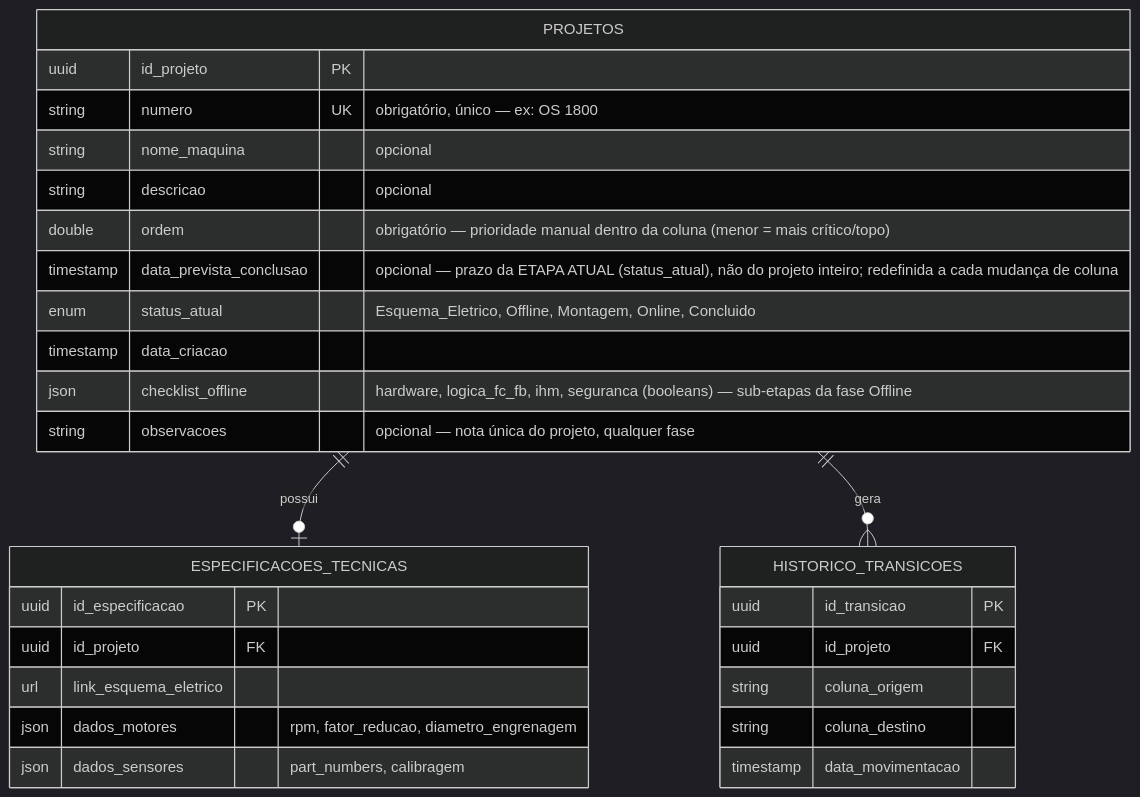
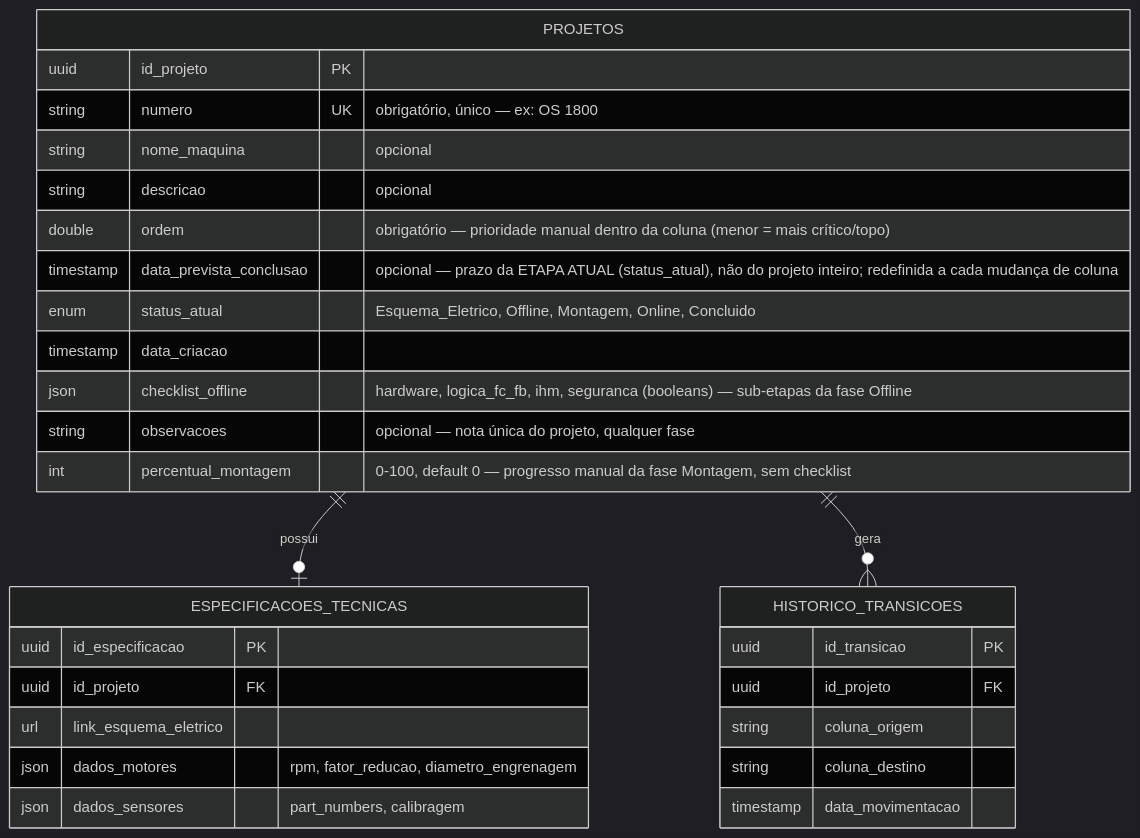
One commit to brunopmourao1/gestao-projetos changed the diagram in Docs/02-Tecnico/Modelo-Dados-ER.md. Above: the diagram before and after it, drawn with Mermaid (dark theme). The commit also changed other lines of this file and 16 other files, not shown here.

First line of the commit message:
Add HU-17: progresso manual (slider) da fase Aguardando Montagem

````diff
--- a/Docs/02-Tecnico/Modelo-Dados-ER.md
+++ b/Docs/02-Tecnico/Modelo-Dados-ER.md
@@ -6,34 +6,35 @@
 ```mermaid
 erDiagram
     PROJETOS ||--o| ESPECIFICACOES_TECNICAS : "possui"
     PROJETOS ||--o{ HISTORICO_TRANSICOES : "gera"
 
     PROJETOS {
         uuid id_projeto PK
         string numero UK "obrigatório, único — ex: OS 1800"
         string nome_maquina "opcional"
         string descricao "opcional"
         double ordem "obrigatório — prioridade manual dentro da coluna (menor = mais crítico/topo)"
         timestamp data_prevista_conclusao "opcional — prazo da ETAPA ATUAL (status_atual), não do projeto inteiro; redefinida a cada mudança de coluna"
         enum status_atual "Esquema_Eletrico, Offline, Montagem, Online, Concluido"
         timestamp data_criacao
         json checklist_offline "hardware, logica_fc_fb, ihm, seguranca (booleans) — sub-etapas da fase Offline"
         string observacoes "opcional — nota única do projeto, qualquer fase"
+        int percentual_montagem "0-100, default 0 — progresso manual da fase Montagem, sem checklist"
     }
 
     ESPECIFICACOES_TECNICAS {
         uuid id_especificacao PK
         uuid id_projeto FK
         url link_esquema_eletrico
         json dados_motores "rpm, fator_reducao, diametro_engrenagem"
         json dados_sensores "part_numbers, calibragem"
     }
 
     HISTORICO_TRANSICOES {
         uuid id_transicao PK
         uuid id_projeto FK
         string coluna_origem
         string coluna_destino
         timestamp data_movimentacao
     }
 ```
````
